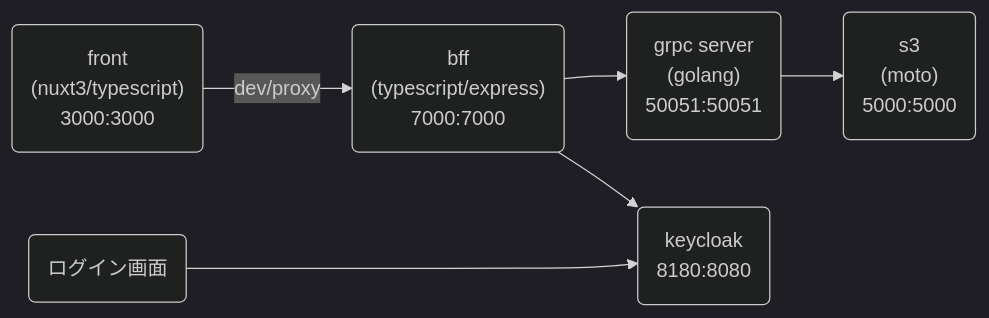
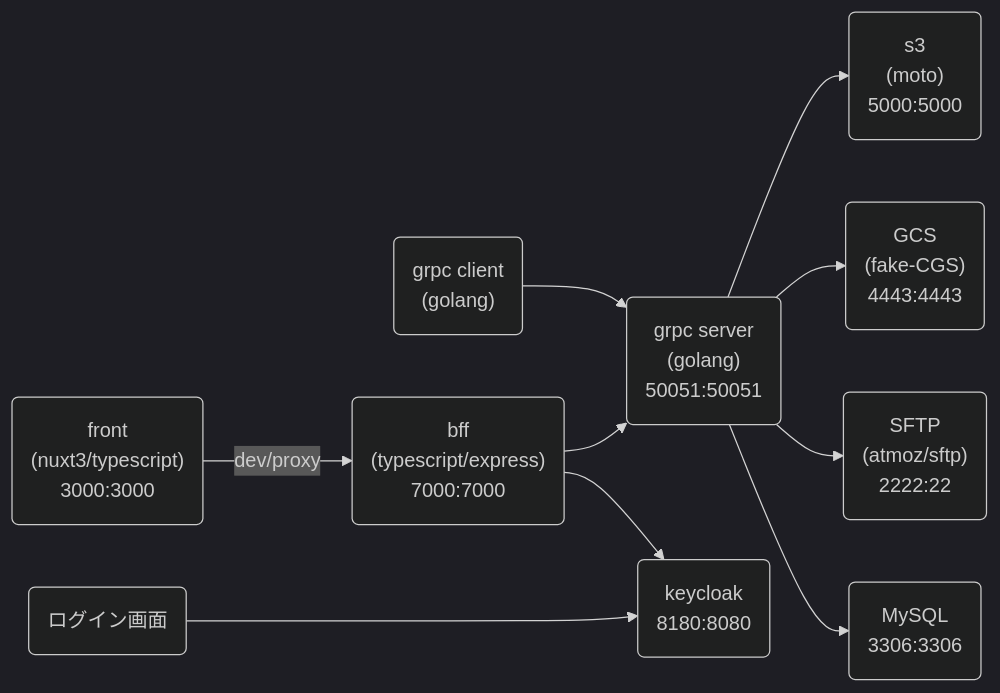
The first of 3 diagrams in README.md (yamagame/s3-grpc-server), drawn with Mermaid (dark theme) before and after one commit. The commit also changed other lines of this file and 7 other files, not shown here.

````diff
--- a/README.md
+++ b/README.md
@@ -5,15 +5,25 @@
 ```mermaid
 graph LR;
+  grpc-client("grpc client
+  (golang)")-->grpc
   front("front
   (nuxt3/typescript)
   3000:3000")-->|dev/proxy|bff("bff
   (typescript/express)
   7000:7000")-->grpc("grpc server
   (golang)
   50051:50051")-->s3("s3
   (moto)
   5000:5000");
   bff-->keycloak("keycloak
   8180:8080")
   login("ログイン画面")--->keycloak
+  grpc-->GCS("GCS
+  (fake-CGS)
+  4443:4443")
+  grpc-->SFTP("SFTP
+  (atmoz/sftp)
+  2222:22")
+  grpc-->MySQL("MySQL
+  3306:3306")
 ```
````
